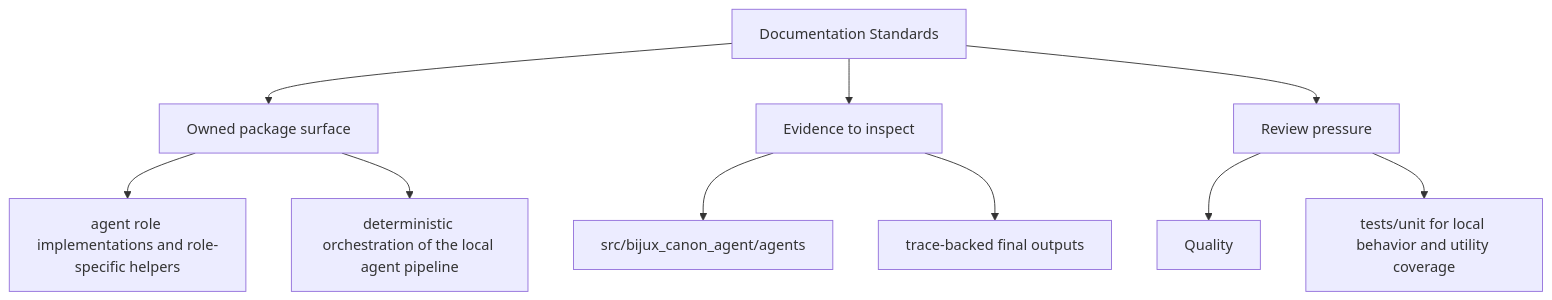
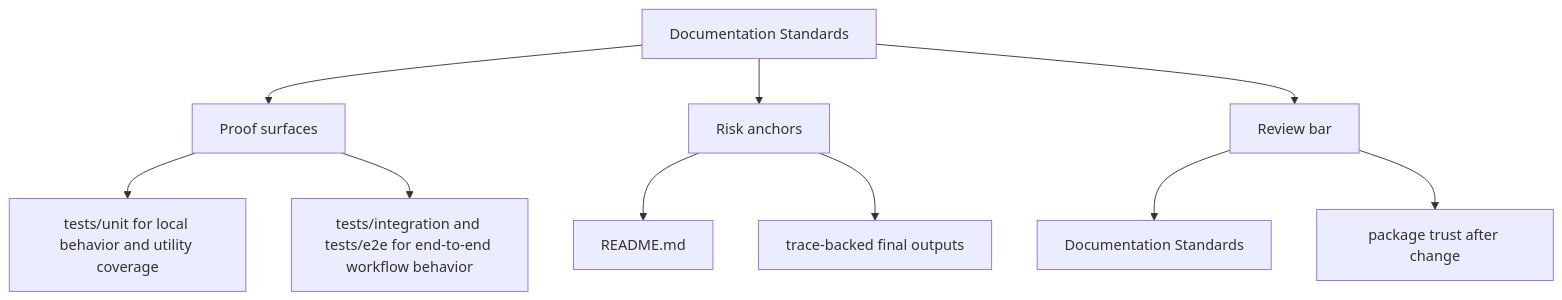
One commit to bijux/bijux-canon changed the second of 2 diagrams in docs/bijux-canon-agent/quality/documentation-standards.md. Above: the diagram before and after it, drawn with Mermaid. The commit also changed other lines of this file and 250 other files, not shown here.

Commit message:
docs(diagrams): make product page maps more readable

````diff
--- a/docs/bijux-canon-agent/quality/documentation-standards.md
+++ b/docs/bijux-canon-agent/quality/documentation-standards.md
@@ -34,22 +34,22 @@
 ```mermaid
 flowchart TD
     page["Documentation Standards"]
-    focus1["Owned package surface"]
+    focus1["Proof surfaces"]
     page --> focus1
-    focus1_1["agent role implementations and role-specific helpers"]
+    focus1_1["tests/unit for local behavior and utility coverage"]
     focus1 --> focus1_1
-    focus1_2["deterministic orchestration of the local agent pipeline"]
+    focus1_2["tests/integration and tests/e2e for end-to-end workflow behavior"]
     focus1 --> focus1_2
-    focus2["Evidence to inspect"]
+    focus2["Risk anchors"]
     page --> focus2
-    focus2_1["src/bijux_canon_agent/agents"]
+    focus2_1["README.md"]
     focus2 --> focus2_1
     focus2_2["trace-backed final outputs"]
     focus2 --> focus2_2
-    focus3["Review pressure"]
+    focus3["Review bar"]
     page --> focus3
-    focus3_1["Quality"]
+    focus3_1["Documentation Standards"]
     focus3 --> focus3_1
-    focus3_2["tests/unit for local behavior and utility coverage"]
+    focus3_2["package trust after change"]
     focus3 --> focus3_2
 ```
````
